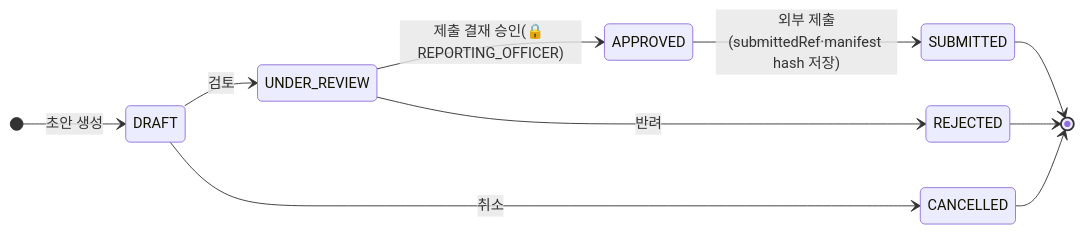
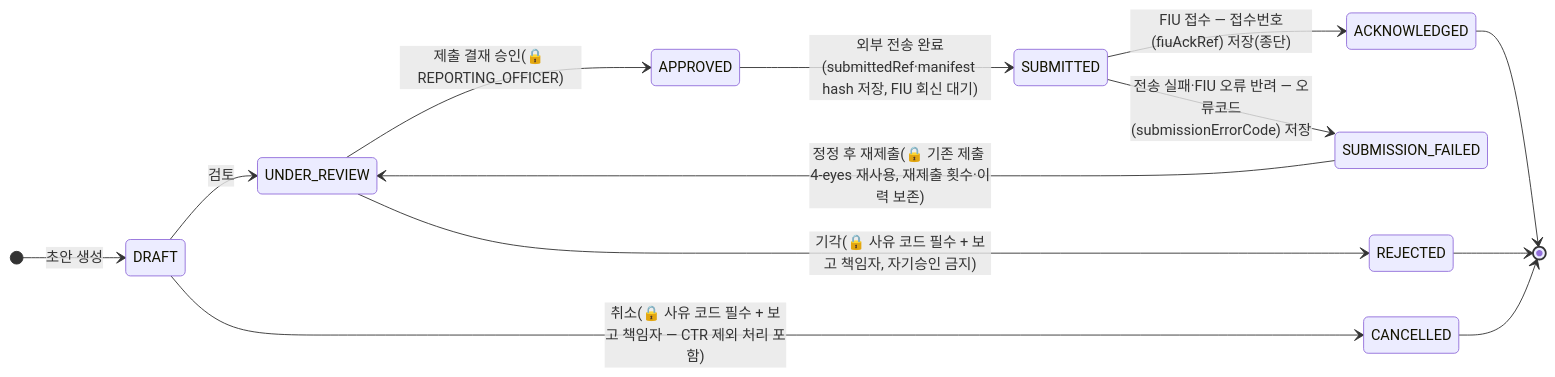
Before and after one commit to smkim89/aml-system-docs: the fifth of 5 diagrams in docs/plan/02-aml-sass-functional-spec.md, drawn with Mermaid. The commit also changed other lines of this file and 187 other files, not shown here.

````diff
--- a/docs/plan/02-aml-sass-functional-spec.md
+++ b/docs/plan/02-aml-sass-functional-spec.md
@@ -237,13 +267,16 @@
 ```mermaid
 stateDiagram-v2
     direction LR
     [*] --> DRAFT : 초안 생성
     DRAFT --> UNDER_REVIEW : 검토
     UNDER_REVIEW --> APPROVED : 제출 결재 승인(🔒 REPORTING_OFFICER)
-    APPROVED --> SUBMITTED : 외부 제출(submittedRef·manifest hash 저장)
-    UNDER_REVIEW --> REJECTED : 반려
-    DRAFT --> CANCELLED : 취소
-    SUBMITTED --> [*]
+    APPROVED --> SUBMITTED : 외부 전송 완료(submittedRef·manifest hash 저장, FIU 회신 대기)
+    SUBMITTED --> ACKNOWLEDGED : FIU 접수 — 접수번호(fiuAckRef) 저장(종단)
+    SUBMITTED --> SUBMISSION_FAILED : 전송 실패·FIU 오류 반려 — 오류코드(submissionErrorCode) 저장
+    SUBMISSION_FAILED --> UNDER_REVIEW : 정정 후 재제출(🔒 기존 제출 4-eyes 재사용, 재제출 횟수·이력 보존)
+    UNDER_REVIEW --> REJECTED : 기각(🔒 사유 코드 필수 + 보고 책임자, 자기승인 금지)
+    DRAFT --> CANCELLED : 취소(🔒 사유 코드 필수 + 보고 책임자 — CTR 제외 처리 포함)
+    ACKNOWLEDGED --> [*]
     REJECTED --> [*]
     CANCELLED --> [*]
 ```
````
